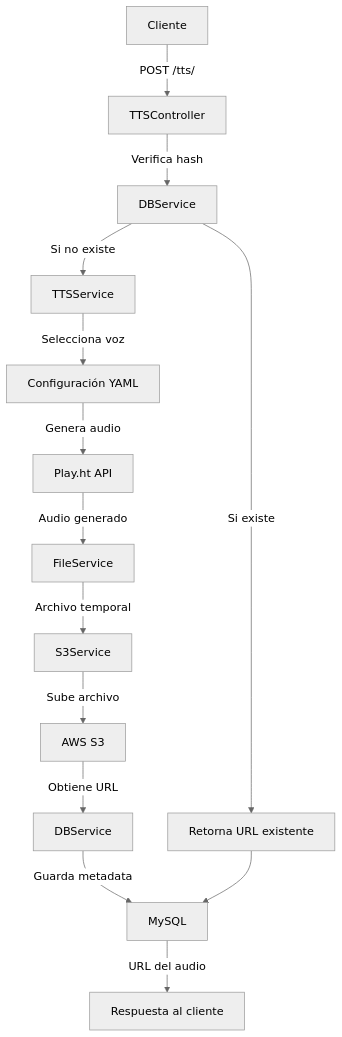
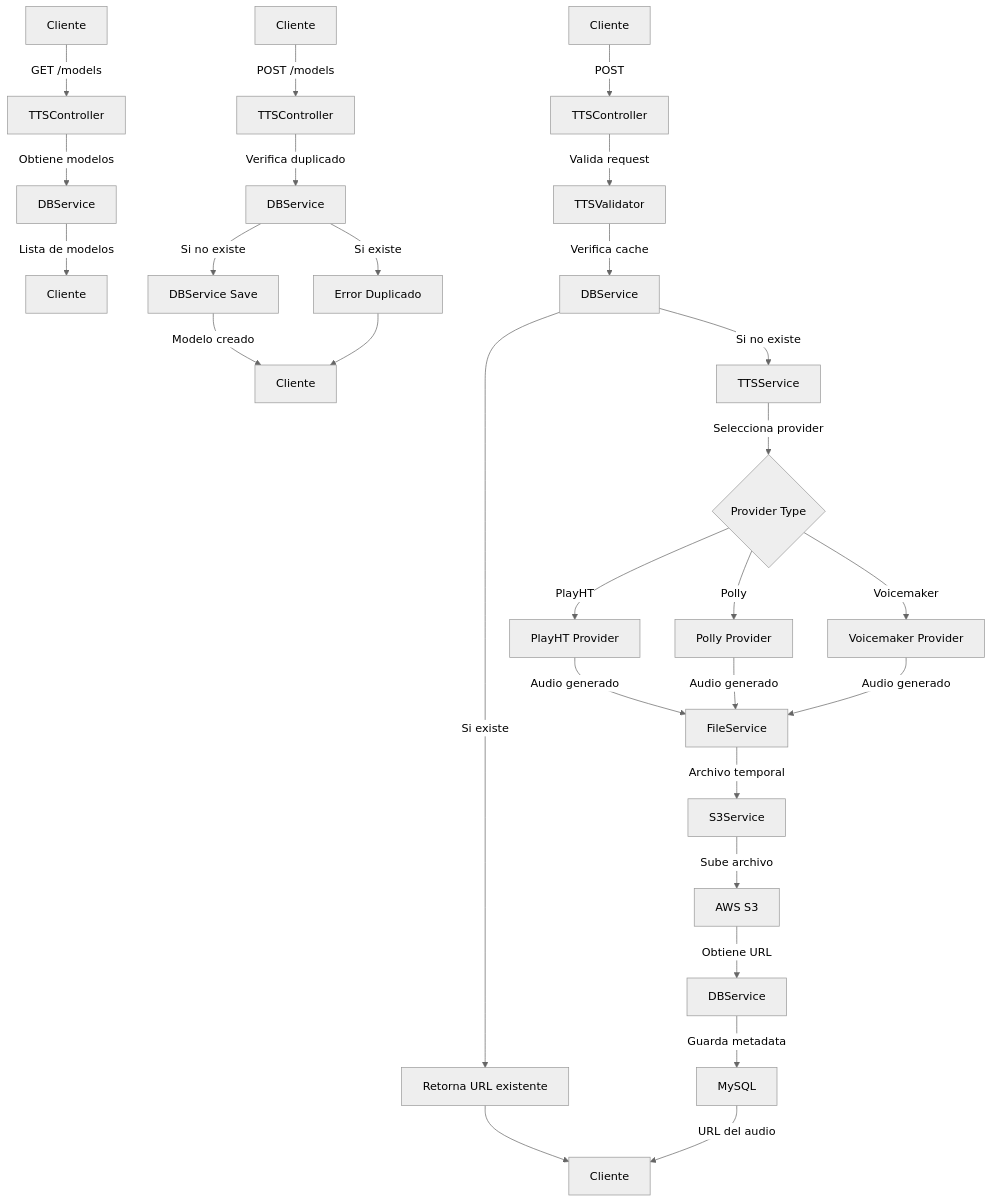
Before and after one commit to ccmarin14/TTS-Service: the diagram in README.md, drawn with Mermaid (neutral theme). The commit also changed other lines of this file and 1 other file, not shown here.

````diff
--- a/README.md
+++ b/README.md
@@ -167,16 +285,33 @@
 ```mermaid
 graph TD
-    A[Cliente] -->|POST /tts/| B[TTSController]
-    B -->|Verifica hash| C[DBService]
-    C -->|Si existe| D[Retorna URL existente]
-    C -->|Si no existe| E[TTSService]
-    E -->|Selecciona voz| G[Configuración YAML]
-    G -->|Genera audio| H[Play.ht API]
-    H -->|Audio generado| I[FileService]
-    I -->|Archivo temporal| J[S3Service]
-    J -->|Sube archivo| K[AWS S3]
-    K -->|Obtiene URL| L[DBService]
-    L -->|Guarda metadata| M[MySQL]
-    M -->|URL del audio| N[Respuesta al cliente]
-    D -->M
+    %% Flujo común para sintetizar audio
+    A[Cliente] -->|POST| B[TTSController]
+    B -->|Valida request| C[TTSValidator]
+    C -->|Verifica cache| D[DBService]
+    D -->|Si existe| E[Retorna URL existente]
+    D -->|Si no existe| F[TTSService]
+    F -->|Selecciona provider| G{Provider Type}
+    G -->|PlayHT| H[PlayHT Provider]
+    G -->|Polly| I[Polly Provider]
+    G -->|Voicemaker| J[Voicemaker Provider]
+    H & I & J -->|Audio generado| K[FileService]
+    K -->|Archivo temporal| L[S3Service]
+    L -->|Sube archivo| M[AWS S3]
+    M -->|Obtiene URL| N[DBService]
+    N -->|Guarda metadata| O[MySQL]
+    O -->|URL del audio| P[Cliente]
+    E -->P
+
+    %% Flujo para obtener modelos
+    Q[Cliente] -->|GET /models| R[TTSController]
+    R -->|Obtiene modelos| S[DBService]
+    S -->|Lista de modelos| T[Cliente]
+
+    %% Flujo para crear modelo
+    U[Cliente] -->|POST /models| V[TTSController]
+    V -->|Verifica duplicado| W[DBService]
+    W -->|Si no existe| X[DBService Save]
+    X -->|Modelo creado| Y[Cliente]
+    W -->|Si existe| Z[Error Duplicado]
+    Z -->Y
 ```
````
